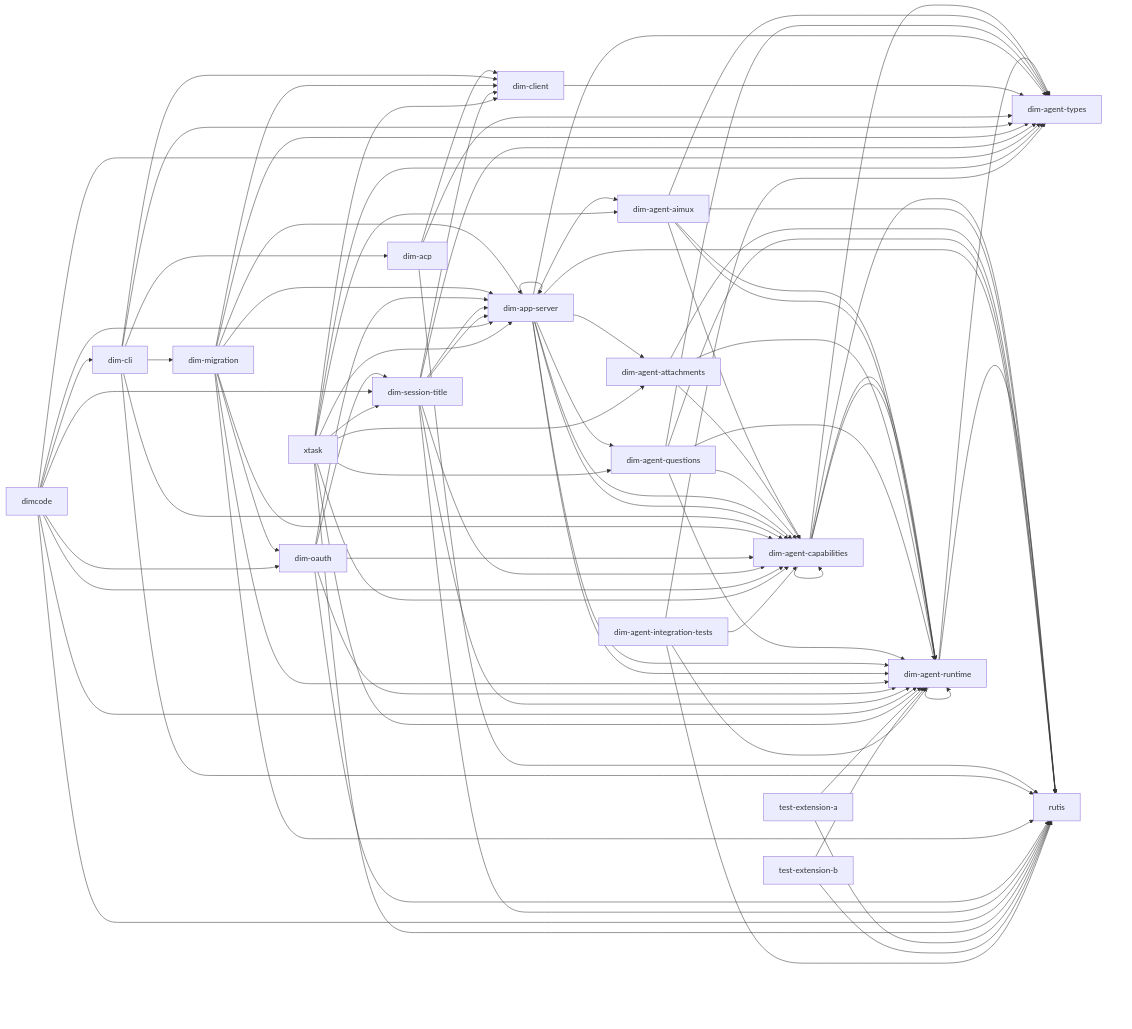
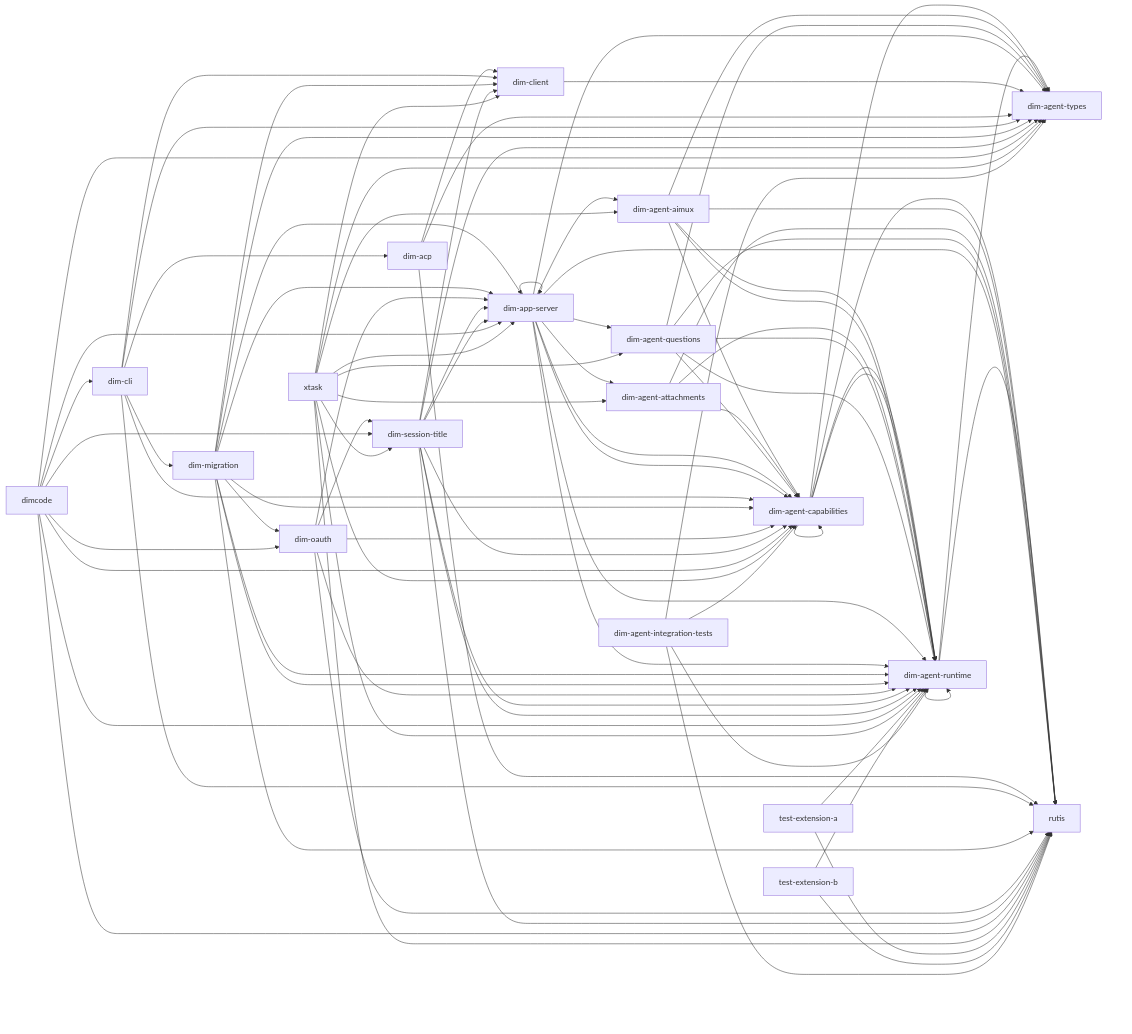
Before and after one commit to CoutinhoTTS/dim-agent: the diagram in docs/architecture/rust-agent/generated/crates.mmd, drawn with Mermaid. The commit also changed 1 other file, not shown here.

Commit message:
chore(architecture): regenerate the crate graph for the test features

```diff
--- a/docs/architecture/rust-agent/generated/crates.mmd
+++ b/docs/architecture/rust-agent/generated/crates.mmd
@@ -1,89 +1,91 @@
 %% Generated from cargo metadata; do not edit.
 flowchart LR
   dim_agent_runtime["dim-agent-runtime"] --> dim_agent_types["dim-agent-types"]
   dim_agent_runtime["dim-agent-runtime"] --> rutis["rutis"]
   dim_agent_runtime["dim-agent-runtime"] --> dim_agent_runtime["dim-agent-runtime"]
   dim_agent_capabilities["dim-agent-capabilities"] --> dim_agent_runtime["dim-agent-runtime"]
   dim_agent_capabilities["dim-agent-capabilities"] --> dim_agent_types["dim-agent-types"]
   dim_agent_capabilities["dim-agent-capabilities"] --> rutis["rutis"]
   dim_agent_capabilities["dim-agent-capabilities"] --> dim_agent_capabilities["dim-agent-capabilities"]
   dim_agent_capabilities["dim-agent-capabilities"] --> dim_agent_runtime["dim-agent-runtime"]
   dim_agent_aimux["dim-agent-aimux"] --> dim_agent_capabilities["dim-agent-capabilities"]
   dim_agent_aimux["dim-agent-aimux"] --> dim_agent_runtime["dim-agent-runtime"]
   dim_agent_aimux["dim-agent-aimux"] --> dim_agent_types["dim-agent-types"]
   dim_agent_aimux["dim-agent-aimux"] --> rutis["rutis"]
   dim_agent_aimux["dim-agent-aimux"] --> dim_agent_runtime["dim-agent-runtime"]
   dim_agent_attachments["dim-agent-attachments"] --> dim_agent_capabilities["dim-agent-capabilities"]
   dim_agent_attachments["dim-agent-attachments"] --> dim_agent_runtime["dim-agent-runtime"]
   dim_agent_attachments["dim-agent-attachments"] --> rutis["rutis"]
   dim_agent_questions["dim-agent-questions"] --> dim_agent_capabilities["dim-agent-capabilities"]
   dim_agent_questions["dim-agent-questions"] --> dim_agent_runtime["dim-agent-runtime"]
   dim_agent_questions["dim-agent-questions"] --> dim_agent_types["dim-agent-types"]
   dim_agent_questions["dim-agent-questions"] --> rutis["rutis"]
   dim_agent_questions["dim-agent-questions"] --> dim_agent_runtime["dim-agent-runtime"]
   dim_app_server["dim-app-server"] --> dim_agent_aimux["dim-agent-aimux"]
   dim_app_server["dim-app-server"] --> dim_agent_attachments["dim-agent-attachments"]
   dim_app_server["dim-app-server"] --> dim_agent_capabilities["dim-agent-capabilities"]
   dim_app_server["dim-app-server"] --> dim_agent_questions["dim-agent-questions"]
   dim_app_server["dim-app-server"] --> dim_agent_runtime["dim-agent-runtime"]
   dim_app_server["dim-app-server"] --> dim_agent_types["dim-agent-types"]
   dim_app_server["dim-app-server"] --> rutis["rutis"]
   dim_app_server["dim-app-server"] --> dim_agent_capabilities["dim-agent-capabilities"]
   dim_app_server["dim-app-server"] --> dim_agent_runtime["dim-agent-runtime"]
   dim_app_server["dim-app-server"] --> dim_app_server["dim-app-server"]
   dim_client["dim-client"] --> dim_agent_types["dim-agent-types"]
   dim_acp["dim-acp"] --> dim_agent_types["dim-agent-types"]
   dim_acp["dim-acp"] --> dim_client["dim-client"]
   dim_acp["dim-acp"] --> rutis["rutis"]
   dim_cli["dim-cli"] --> dim_acp["dim-acp"]
   dim_cli["dim-cli"] --> dim_agent_capabilities["dim-agent-capabilities"]
   dim_cli["dim-cli"] --> dim_agent_types["dim-agent-types"]
   dim_cli["dim-cli"] --> dim_client["dim-client"]
   dim_cli["dim-cli"] --> dim_migration["dim-migration"]
   dim_cli["dim-cli"] --> rutis["rutis"]
   dim_migration["dim-migration"] --> dim_agent_capabilities["dim-agent-capabilities"]
   dim_migration["dim-migration"] --> dim_agent_runtime["dim-agent-runtime"]
   dim_migration["dim-migration"] --> dim_agent_types["dim-agent-types"]
   dim_migration["dim-migration"] --> dim_app_server["dim-app-server"]
   dim_migration["dim-migration"] --> rutis["rutis"]
+  dim_migration["dim-migration"] --> dim_agent_runtime["dim-agent-runtime"]
   dim_migration["dim-migration"] --> dim_app_server["dim-app-server"]
   dim_migration["dim-migration"] --> dim_client["dim-client"]
   dim_migration["dim-migration"] --> dim_oauth["dim-oauth"]
   dim_oauth["dim-oauth"] --> dim_agent_capabilities["dim-agent-capabilities"]
   dim_oauth["dim-oauth"] --> dim_agent_runtime["dim-agent-runtime"]
   dim_oauth["dim-oauth"] --> dim_app_server["dim-app-server"]
   dim_oauth["dim-oauth"] --> dim_session_title["dim-session-title"]
   dim_oauth["dim-oauth"] --> rutis["rutis"]
   dim_session_title["dim-session-title"] --> dim_agent_capabilities["dim-agent-capabilities"]
   dim_session_title["dim-session-title"] --> dim_agent_runtime["dim-agent-runtime"]
   dim_session_title["dim-session-title"] --> dim_agent_types["dim-agent-types"]
   dim_session_title["dim-session-title"] --> dim_app_server["dim-app-server"]
   dim_session_title["dim-session-title"] --> rutis["rutis"]
+  dim_session_title["dim-session-title"] --> dim_agent_runtime["dim-agent-runtime"]
   dim_session_title["dim-session-title"] --> dim_app_server["dim-app-server"]
   dim_session_title["dim-session-title"] --> dim_client["dim-client"]
   dimcode["dimcode"] --> dim_app_server["dim-app-server"]
   dimcode["dimcode"] --> dim_cli["dim-cli"]
   dimcode["dimcode"] --> dim_oauth["dim-oauth"]
   dimcode["dimcode"] --> dim_session_title["dim-session-title"]
   dimcode["dimcode"] --> dim_agent_capabilities["dim-agent-capabilities"]
   dimcode["dimcode"] --> dim_agent_runtime["dim-agent-runtime"]
   dimcode["dimcode"] --> dim_agent_types["dim-agent-types"]
   dimcode["dimcode"] --> rutis["rutis"]
   xtask["xtask"] --> dim_agent_aimux["dim-agent-aimux"]
   xtask["xtask"] --> dim_agent_attachments["dim-agent-attachments"]
   xtask["xtask"] --> dim_agent_capabilities["dim-agent-capabilities"]
   xtask["xtask"] --> dim_agent_questions["dim-agent-questions"]
   xtask["xtask"] --> dim_agent_runtime["dim-agent-runtime"]
   xtask["xtask"] --> dim_agent_types["dim-agent-types"]
   xtask["xtask"] --> dim_app_server["dim-app-server"]
   xtask["xtask"] --> dim_client["dim-client"]
   xtask["xtask"] --> dim_session_title["dim-session-title"]
   xtask["xtask"] --> rutis["rutis"]
   test_extension_a["test-extension-a"] --> dim_agent_runtime["dim-agent-runtime"]
   test_extension_a["test-extension-a"] --> rutis["rutis"]
   test_extension_b["test-extension-b"] --> dim_agent_runtime["dim-agent-runtime"]
   test_extension_b["test-extension-b"] --> rutis["rutis"]
   dim_agent_integration_tests["dim-agent-integration-tests"] --> dim_agent_capabilities["dim-agent-capabilities"]
   dim_agent_integration_tests["dim-agent-integration-tests"] --> dim_agent_runtime["dim-agent-runtime"]
   dim_agent_integration_tests["dim-agent-integration-tests"] --> dim_agent_types["dim-agent-types"]
   dim_agent_integration_tests["dim-agent-integration-tests"] --> rutis["rutis"]
```
